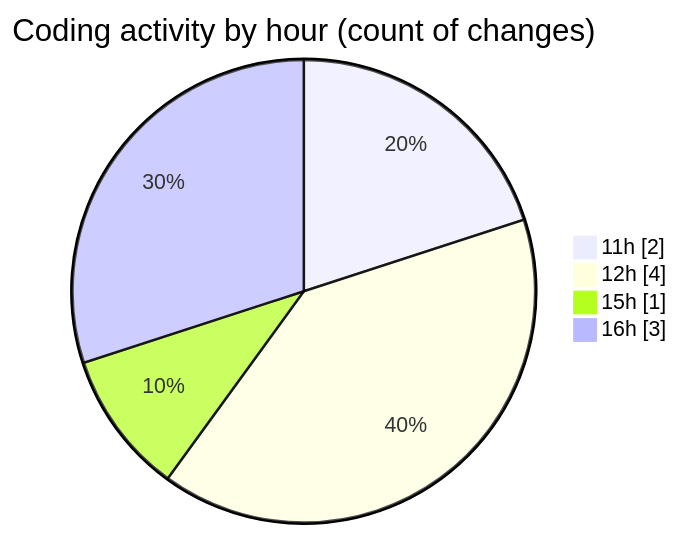
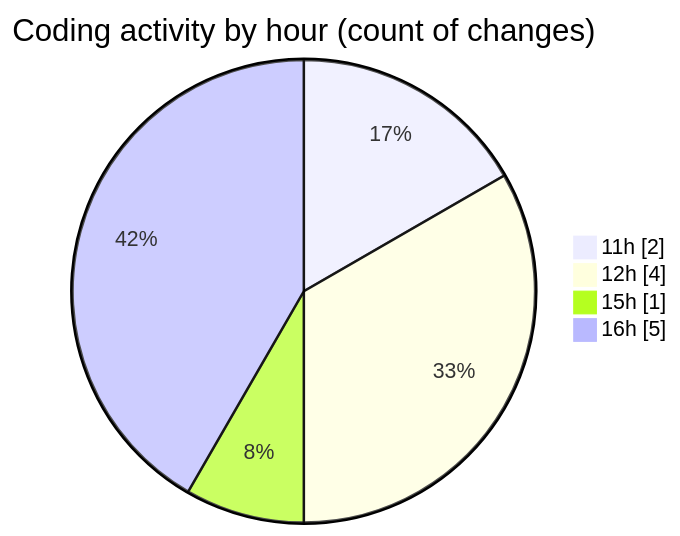
Before and after one commit to ricardozamudiocil/code-tracking: the second of 2 diagrams in 2026-10-15/cilapp/README.md, drawn with Mermaid. The commit also changed other lines of this file and 1 other file, not shown here.

````diff
--- a/2026-10-15/cilapp/README.md
+++ b/2026-10-15/cilapp/README.md
@@ -33,8 +33,8 @@
 ```mermaid
 pie showData
 title Coding activity by hour (count of changes)
 "11h" : 2
 "12h" : 4
 "15h" : 1
-"16h" : 3
+"16h" : 5
 ```
````
